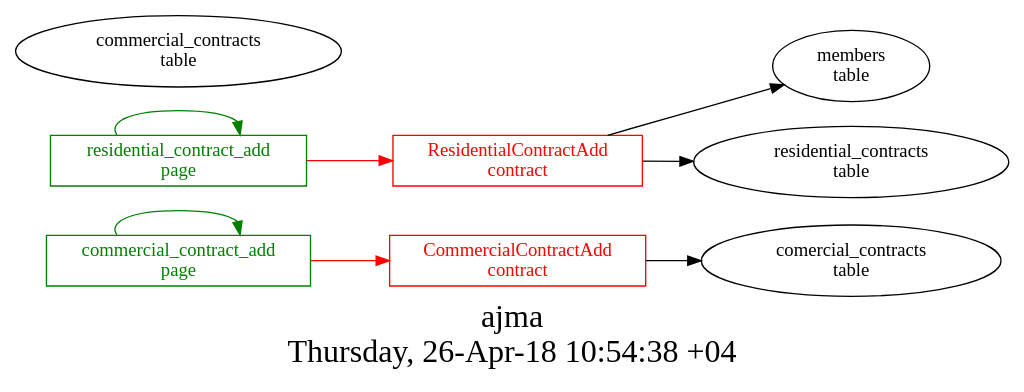
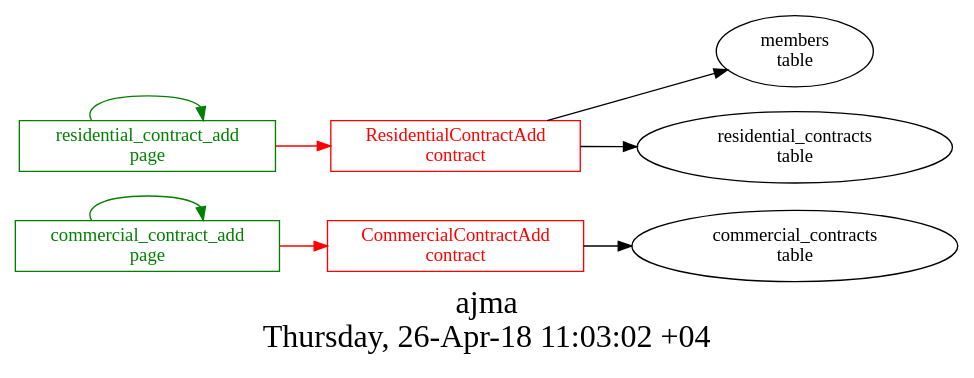
Before and after one commit to AplaProject/apps: the diagram in src/ajman/struct.dot, drawn with Graphviz. The commit also changed 2 other files, not shown here.

```diff
--- a/src/ajman/struct.dot
+++ b/src/ajman/struct.dot
@@ -1,21 +1,21 @@
 digraph G {
 fontsize="24";
-label="ajma\nThursday, 26-Apr-18 10:54:38 +04";
+label="ajma\nThursday, 26-Apr-18 11:03:02 +04";
 nojustify=true;
 ordering=out;
 rankdir=LR;
 size="30";
 "commercial_contract_add\npage" -> "CommercialContractAdd\ncontract"  [ color=red ]
 "commercial_contract_add\npage" -> "commercial_contract_add\npage"  [ color=green ]
 "commercial_contract_add\npage" [color=green, fontcolor=green, group=pages, shape=record];
 "residential_contract_add\npage" -> "ResidentialContractAdd\ncontract"  [ color=red ]
 "residential_contract_add\npage" -> "residential_contract_add\npage"  [ color=green ]
 "residential_contract_add\npage" [color=green, fontcolor=green, group=pages, shape=record];
-"CommercialContractAdd\ncontract" -> "comercial_contracts\ntable"  [ color="" ]
+"CommercialContractAdd\ncontract" -> "commercial_contracts\ntable"  [ color="" ]
 "CommercialContractAdd\ncontract" [color=red, fontcolor=red, group=contracts, shape=record];
 "ResidentialContractAdd\ncontract" -> "members\ntable"  [ color="" ]
 "ResidentialContractAdd\ncontract" -> "residential_contracts\ntable"  [ color="" ]
 "ResidentialContractAdd\ncontract" [color=red, fontcolor=red, group=contracts, shape=record];
 "commercial_contracts\ntable" [color="", fontcolor="", group=tables, shape=""];
 "residential_contracts\ntable" [color="", fontcolor="", group=tables, shape=""];
 }
```
